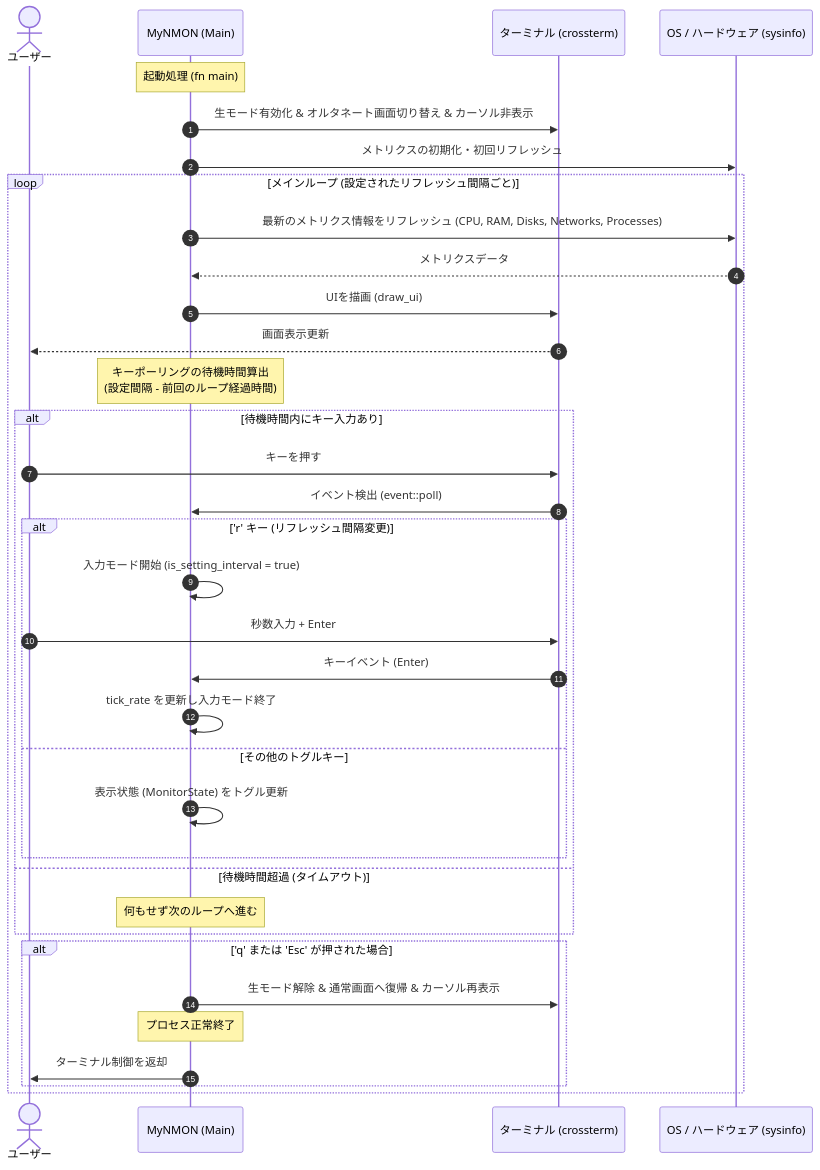
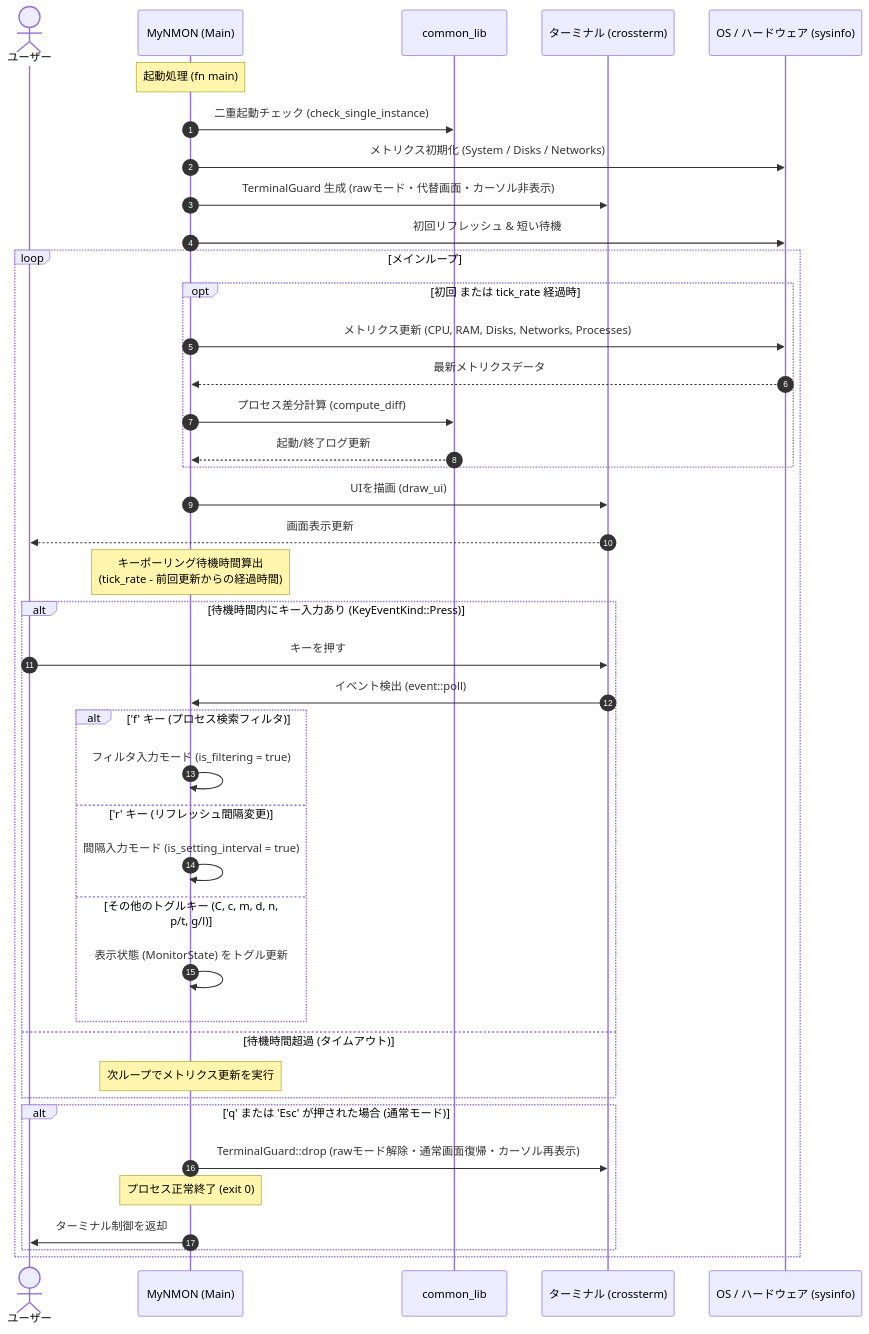
The first of 2 diagrams in docs/ja/DIAGRAM.md (tkshnkgwr/MyNMON), drawn with Mermaid before and after one commit. The commit also changed other lines of this file and 26 other files, not shown here.

````diff
--- a/docs/ja/DIAGRAM.md
+++ b/docs/ja/DIAGRAM.md
@@ -13,42 +13,49 @@
 ```mermaid
 sequenceDiagram
     autonumber
     actor User as ユーザー
     participant App as MyNMON (Main)
+    participant Common as common_lib
     participant Term as ターミナル (crossterm)
     participant System as OS / ハードウェア (sysinfo)
 
     Note over App: 起動処理 (fn main)
-    App->>Term: 生モード有効化 & オルタネート画面切り替え & カーソル非表示
-    App->>System: メトリクスの初期化・初回リフレッシュ
+    App->>Common: 二重起動チェック (check_single_instance)
+    App->>System: メトリクス初期化 (System / Disks / Networks)
+    App->>Term: TerminalGuard 生成 (rawモード・代替画面・カーソル非表示)
+    App->>System: 初回リフレッシュ & 短い待機
 
-    loop メインループ (設定されたリフレッシュ間隔ごと)
-        App->>System: 最新のメトリクス情報をリフレッシュ (CPU, RAM, Disks, Networks, Processes)
-        System-->>App: メトリクスデータ
+    loop メインループ
+        opt 初回 または tick_rate 経過時
+            App->>System: メトリクス更新 (CPU, RAM, Disks, Networks, Processes)
+            System-->>App: 最新メトリクスデータ
+            App->>Common: プロセス差分計算 (compute_diff)
+            Common-->>App: 起動/終了ログ更新
+        end
+
         App->>Term: UIを描画 (draw_ui)
         Term-->>User: 画面表示更新
 
-        Note over App: キーポーリングの待機時間算出<br/>(設定間隔 - 前回のループ経過時間)
-        
-        alt 待機時間内にキー入力あり
+        Note over App: キーポーリング待機時間算出<br/>(tick_rate - 前回更新からの経過時間)
+
+        alt 待機時間内にキー入力あり (KeyEventKind::Press)
             User->>Term: キーを押す
             Term->>App: イベント検出 (event::poll)
-            alt 'r' キー (リフレッシュ間隔変更)
-                App->>App: 入力モード開始 (is_setting_interval = true)
-                User->>Term: 秒数入力 + Enter
-                Term->>App: キーイベント (Enter)
-                App->>App: tick_rate を更新し入力モード終了
-            else その他のトグルキー
+            alt 'f' キー (プロセス検索フィルタ)
+                App->>App: フィルタ入力モード (is_filtering = true)
+            else 'r' キー (リフレッシュ間隔変更)
+                App->>App: 間隔入力モード (is_setting_interval = true)
+            else その他のトグルキー (C, c, m, d, n, p/t, g/l)
                 App->>App: 表示状態 (MonitorState) をトグル更新
             end
         else 待機時間超過 (タイムアウト)
-            Note over App: 何もせず次のループへ進む
+            Note over App: 次ループでメトリクス更新を実行
         end
-        
-        alt 'q' または 'Esc' が押された場合
-            App->>Term: 生モード解除 & 通常画面へ復帰 & カーソル再表示
-            Note over App: プロセス正常終了
+
+        alt 'q' または 'Esc' が押された場合 (通常モード)
+            App->>Term: TerminalGuard::drop (rawモード解除・通常画面復帰・カーソル再表示)
+            Note over App: プロセス正常終了 (exit 0)
             App->>User: ターミナル制御を返却
         end
     end
 ```
````
